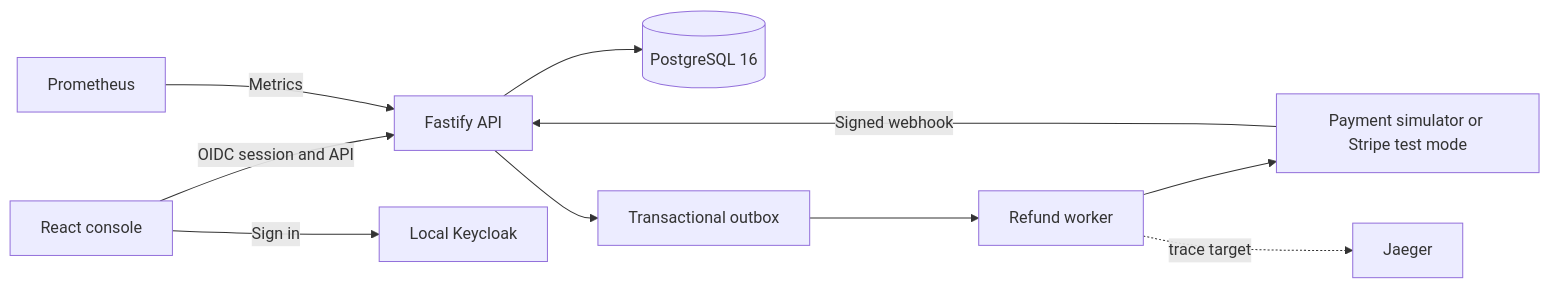
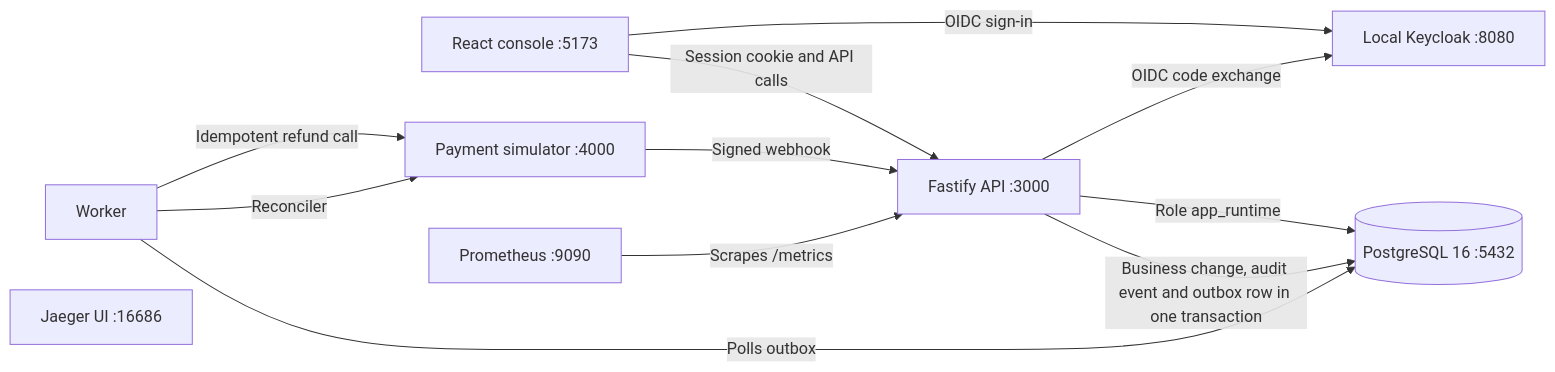
The diagram in README.md (sunajeb/internal-tools-devin), drawn with Mermaid before and after one commit. The commit also changed other lines of this file and 5 other files, not shown here.

````diff
--- a/README.md
+++ b/README.md
@@ -9,12 +14,14 @@
 ```mermaid
 flowchart LR
-  Browser[React console] -->|OIDC session and API| API[Fastify API]
-  API --> DB[(PostgreSQL 16)]
-  API --> Outbox[Transactional outbox]
-  Outbox --> Worker[Refund worker]
-  Worker --> Provider[Payment simulator or Stripe test mode]
-  Provider -->|Signed webhook| API
-  Browser -->|Sign in| Identity[Local Keycloak]
-  Prometheus -->|Metrics| API
-  Worker -. trace target .-> Jaeger
+  Browser[React console :5173] -->|Session cookie and API calls| API[Fastify API :3000]
+  Browser -->|OIDC sign-in| Keycloak[Local Keycloak :8080]
+  API -->|OIDC code exchange| Keycloak
+  API -->|Role app_runtime| DB[(PostgreSQL 16 :5432)]
+  API -->|Business change, audit event and outbox row in one transaction| DB
+  Worker[Worker] -->|Polls outbox| DB
+  Worker -->|Idempotent refund call| Simulator[Payment simulator :4000]
+  Simulator -->|Signed webhook| API
+  Worker -->|Reconciler| Simulator
+  Prometheus[Prometheus :9090] -->|Scrapes /metrics| API
+  Jaeger[Jaeger UI :16686]
 ```
````
